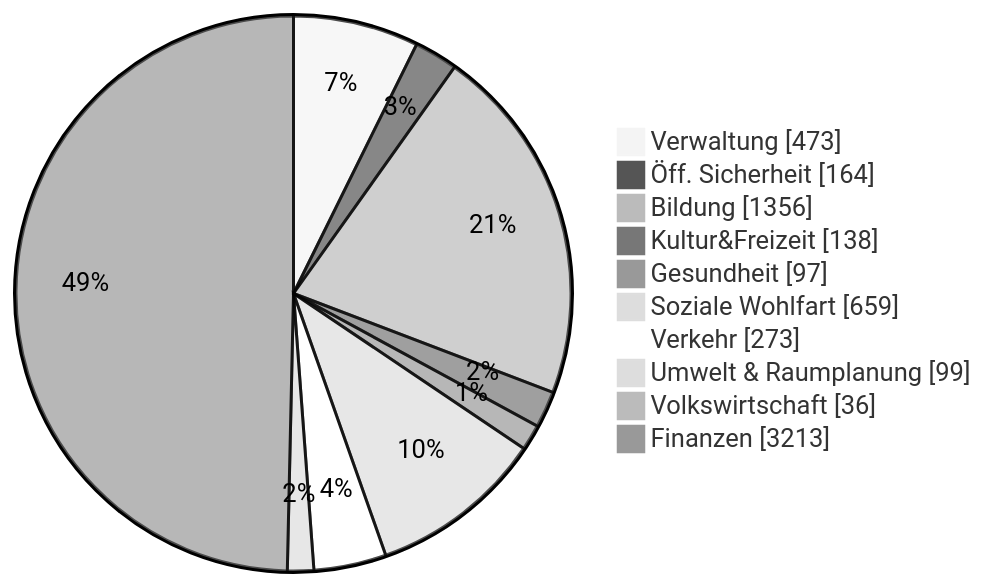
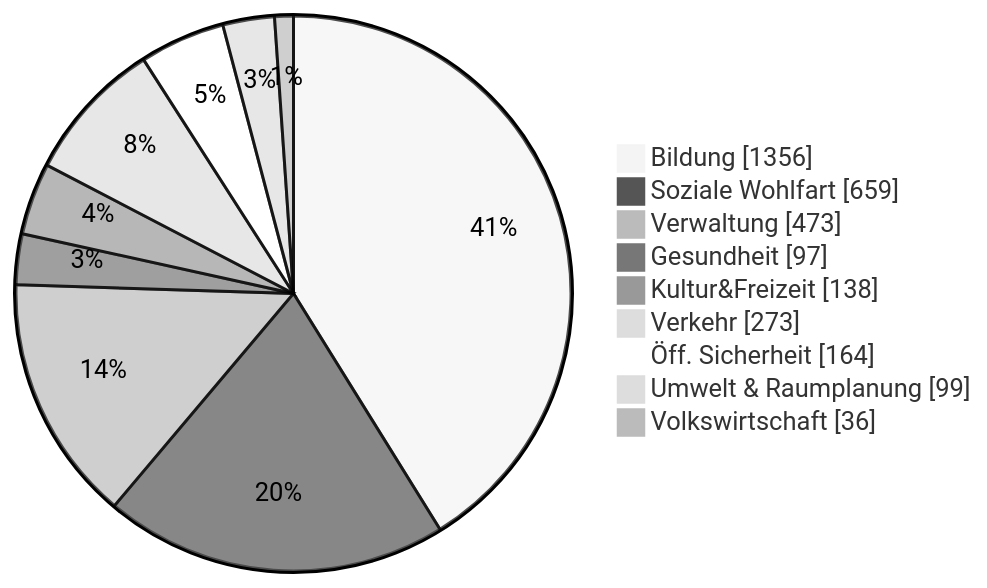
Before and after one commit to risajef/risajef.github.io: the second of 8 diagrams in docs/politics/finanzen-beringen.md, drawn with Mermaid (neutral theme). The commit also changed other lines of this file, not shown here.

Commit message:
Small fixes in finanzen

````diff
--- a/docs/politics/finanzen-beringen.md
+++ b/docs/politics/finanzen-beringen.md
@@ -31,13 +30,12 @@
 ```mermaid
 pie showData
+    "Bildung": 1356
+    "Soziale Wohlfart": 659
     "Verwaltung": 473
+    "Gesundheit": 97
+    "Kultur&Freizeit": 138
+    "Verkehr": 273
     "Öff. Sicherheit": 164
-    "Bildung": 1356
-    "Kultur&Freizeit": 138
-    "Gesundheit": 97
-    "Soziale Wohlfart": 659
-    "Verkehr": 273
     "Umwelt & Raumplanung": 99
     "Volkswirtschaft": 36
-    "Finanzen": 3213
 ```
````
